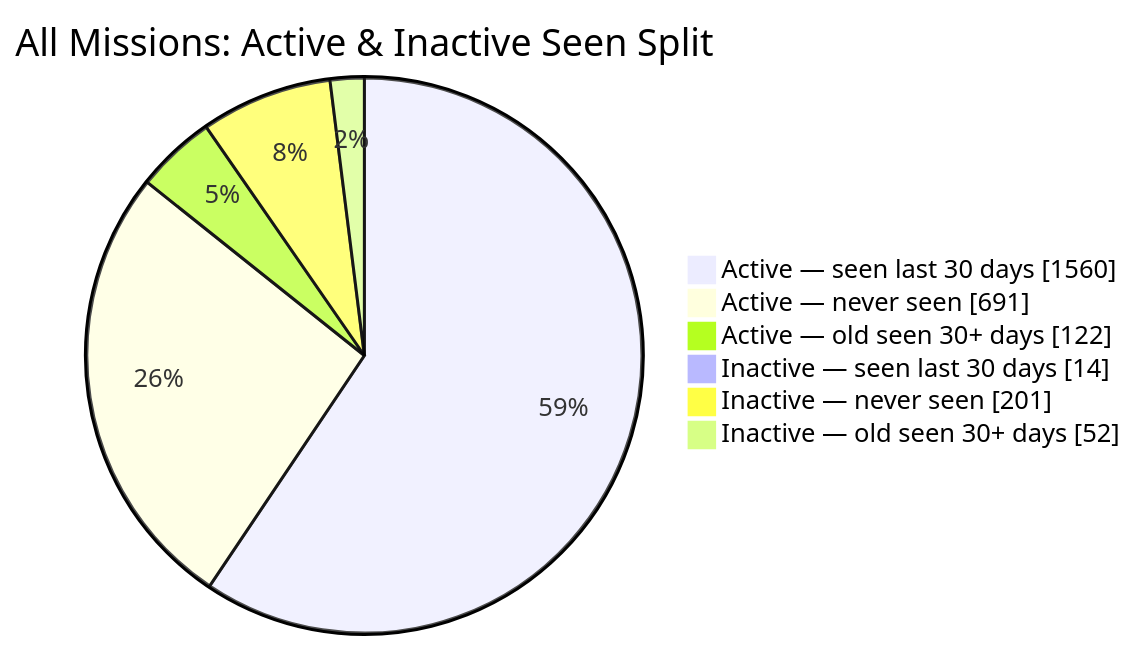
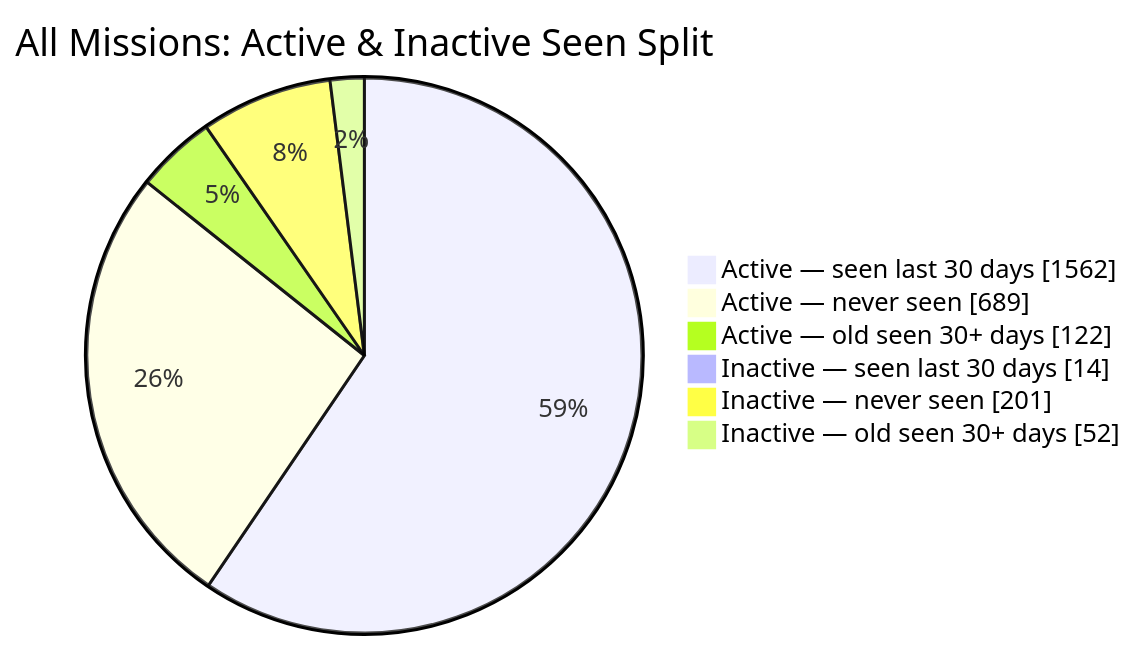
The second of 2 diagrams in README.md (MeldkamerspelGameTeam/active-missions), drawn with Mermaid before and after one commit. The commit also changed other lines of this file and 3 other files, not shown here.

````diff
--- a/README.md
+++ b/README.md
@@ -44,10 +44,10 @@
 ```mermaid
 pie showData
     title All Missions: Active & Inactive Seen Split
-    "Active — seen last 30 days" : 1560
-    "Active — never seen" : 691
+    "Active — seen last 30 days" : 1562
+    "Active — never seen" : 689
     "Active — old seen 30+ days" : 122
     "Inactive — seen last 30 days" : 14
     "Inactive — never seen" : 201
     "Inactive — old seen 30+ days" : 52
 ```
````
